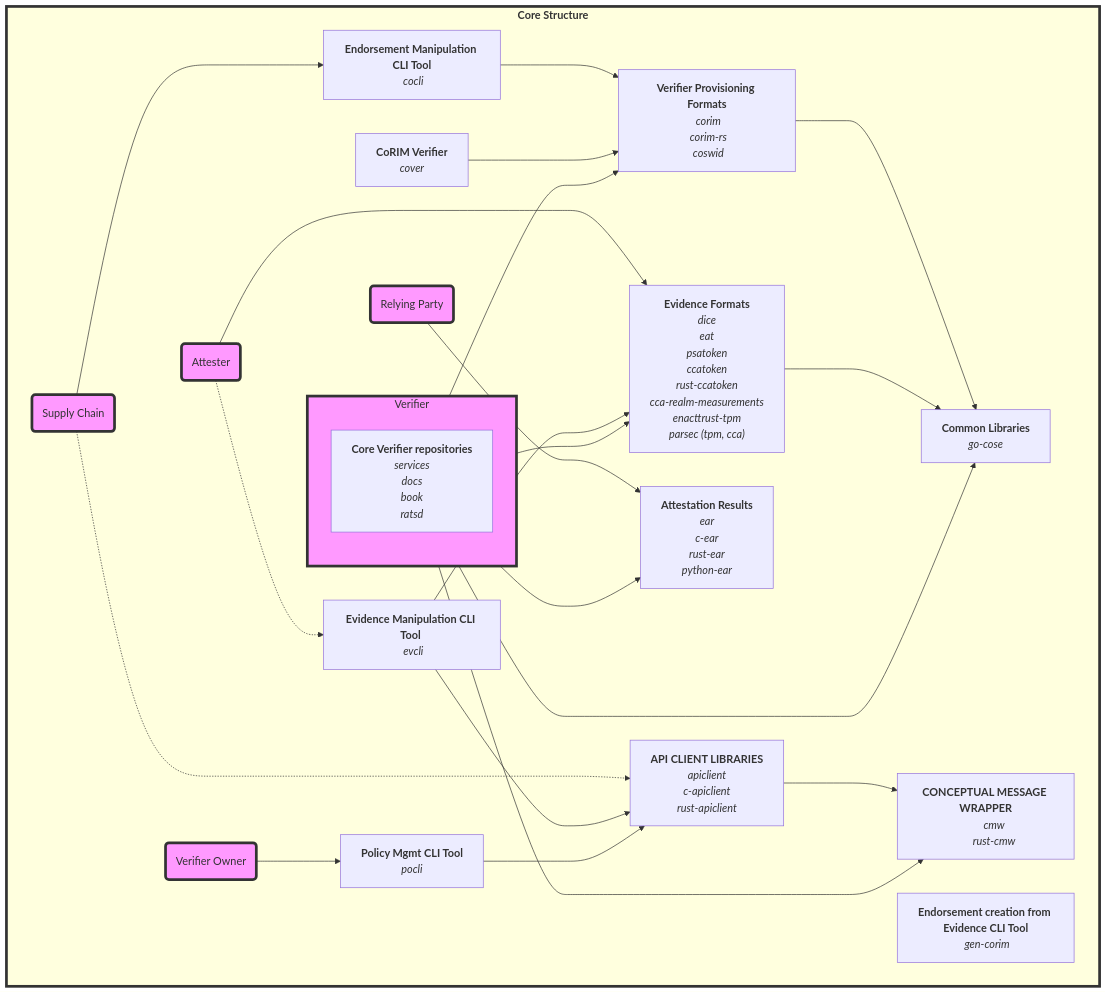
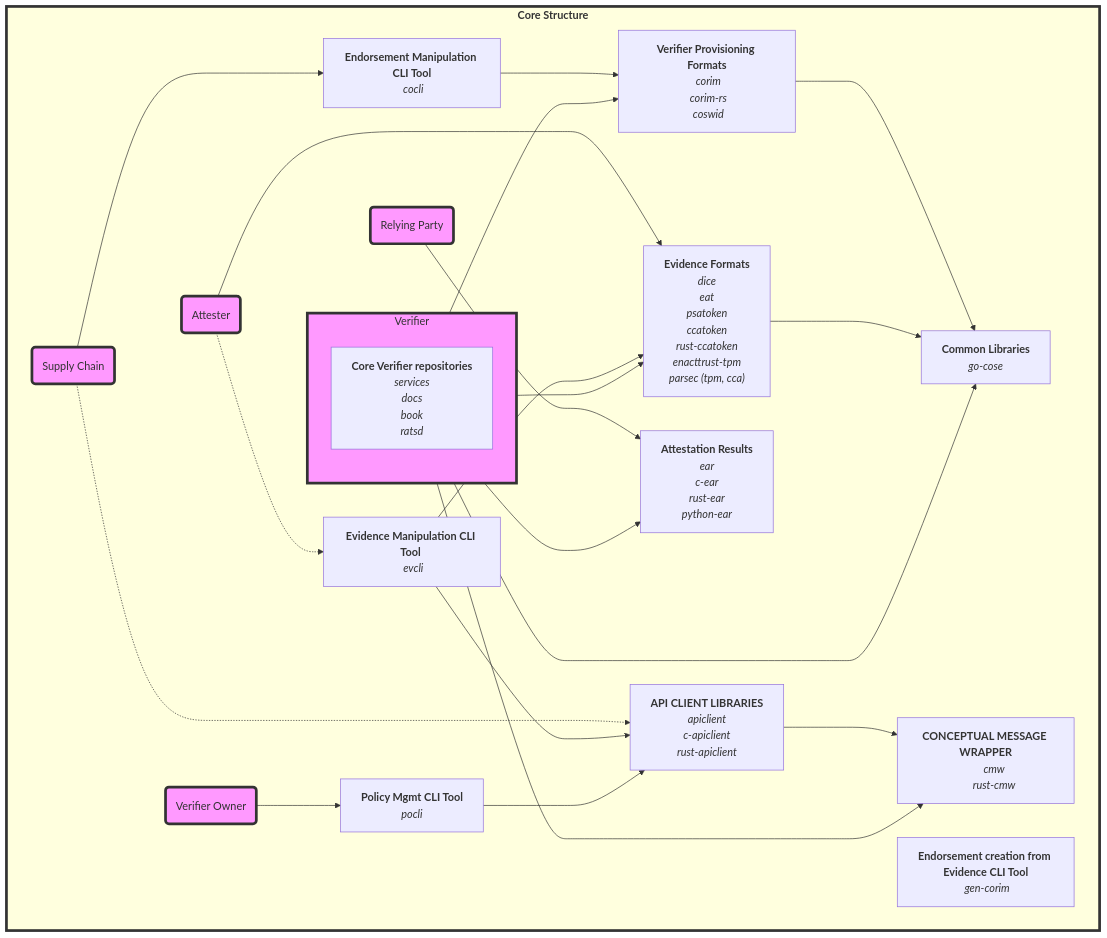
Before and after one commit to veraison/docs: the second of 3 diagrams in repo-guide.md, drawn with Mermaid. The commit also changed other lines of this file, not shown here.

Commit message:
fix: address reviewer feedback
- Remove cover repo (work in progress)
- Update cca-realm-measurements description and location
- Clean up mermaid diagram formatting

```diff
--- a/repo-guide.md
+++ b/repo-guide.md
@@ -139,15 +136,11 @@
 GEN-CORIM["<b>Endorsement creation from Evidence CLI Tool</b>
  <i>gen-corim</i>"]
 
-COVER["<b>CoRIM Verifier</b>
- <i>cover</i>"]
-
 VPF["<b>Verifier Provisioning Formats</b>
  <i>corim</i>
  <i>corim-rs</i>
  <i>coswid</i>"]
 COCLI ---> VPF
-COVER ---> VPF
 
 CL["<b>Common Libraries</b> 
      <i>go-cose</i>"]
@@ -160,7 +153,6 @@
      <i>psatoken</i>
      <i>ccatoken</i>
      <i>rust-ccatoken</i>
-     <i>cca-realm-measurements</i>
      <i>enacttrust-tpm</i>
      <i>parsec (tpm, cca)</i>"]
 EF ---> CL
```
